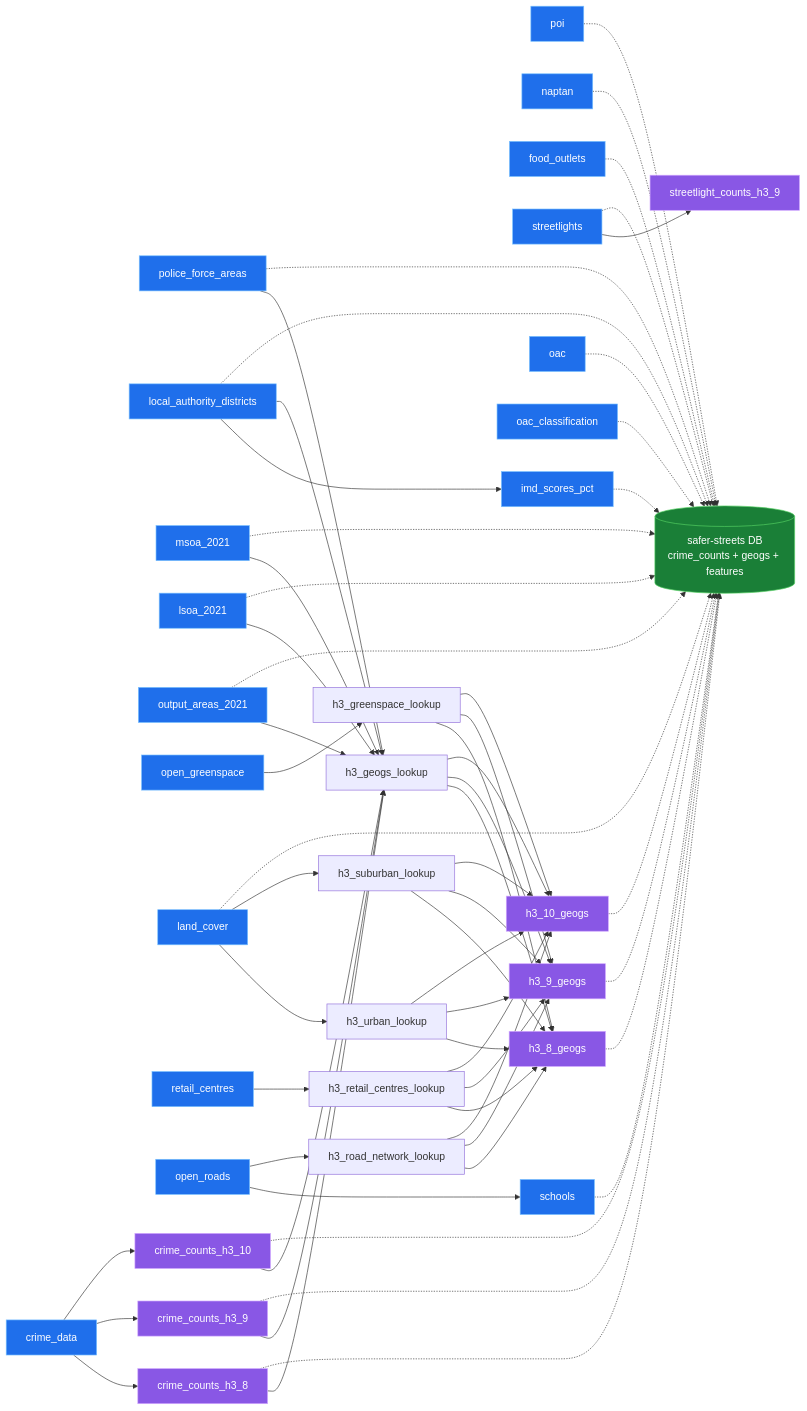
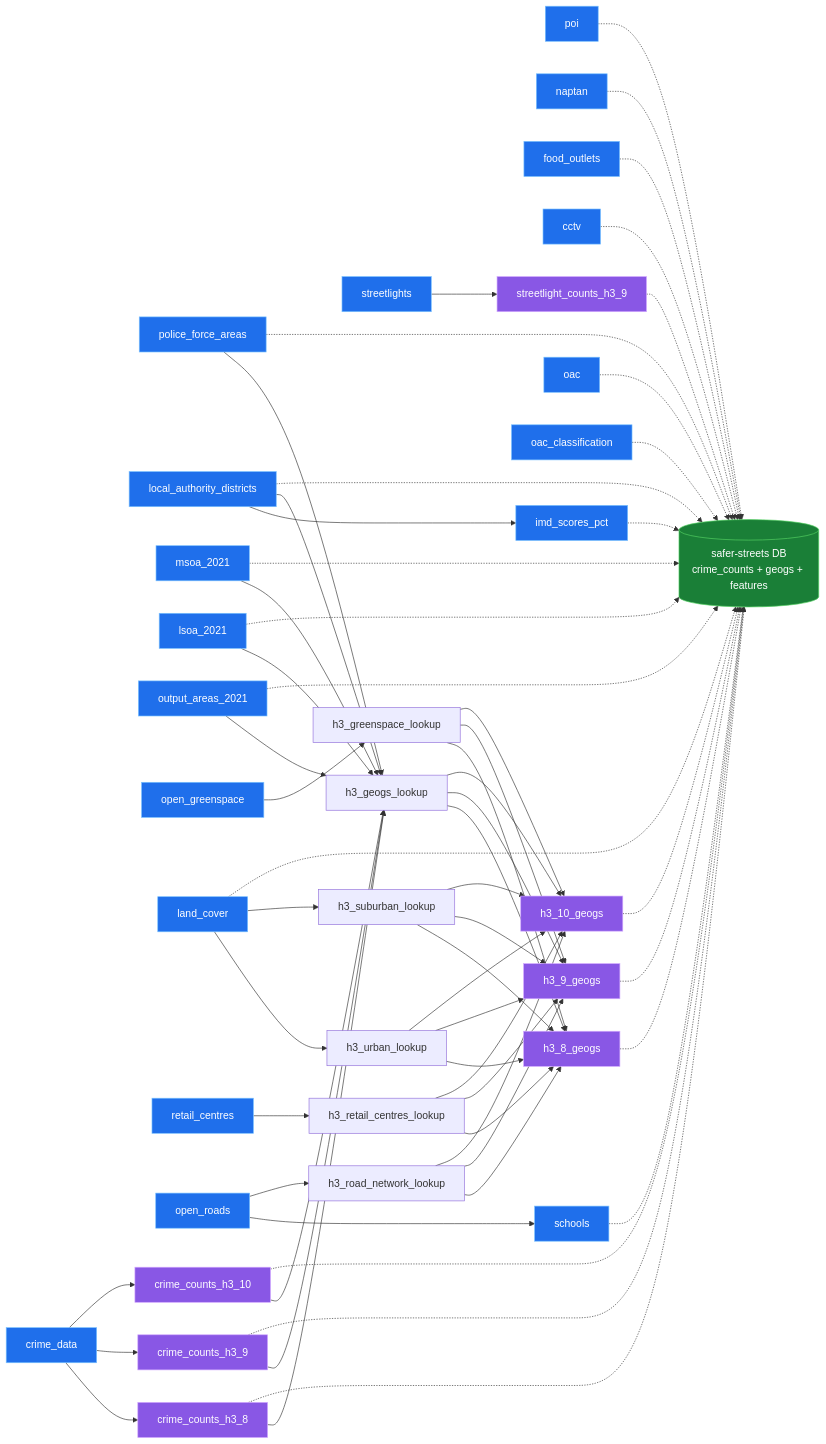
One commit to safer-streets/safer-streets-tooling changed the diagram in README.md. Above: the diagram before and after it, drawn with Mermaid. The commit also changed other lines of this file and 5 other files, not shown here.

First line of the commit message:
Add CCTV (OSM man_made=surveillance) to the extract (#8)

````diff
--- a/README.md
+++ b/README.md
@@ -59,6 +59,7 @@
    naptan
    food_outlets
    streetlights
+   cctv
    schools
    imd_scores_pct
    oac
@@ -126,6 +127,7 @@
     crime_counts_h3_8 -.-> database
     crime_counts_h3_9 -.-> database
     crime_counts_h3_10 -.-> database
+    streetlight_counts_h3_9 -.-> database
     h3_8_geogs -.-> database
     h3_9_geogs -.-> database
     h3_10_geogs -.-> database
@@ -138,7 +140,7 @@
     poi -.-> database
     naptan -.-> database
     food_outlets -.-> database
-    streetlights -.-> database
+    cctv -.-> database
     imd_scores_pct -.-> database
     land_cover -.-> database
     oac -.-> database
@@ -148,7 +150,7 @@
     classDef extract fill:#1f6feb,stroke:#79c0ff,stroke-width:1px,color:#ffffff;
     classDef transform fill:#8957e5,stroke:#d2a8ff,stroke-width:1px,color:#ffffff;
     classDef load fill:#1a7f37,stroke:#56d364,stroke-width:1px,color:#ffffff;
-    class crime_data,police_force_areas,local_authority_districts,msoa_2021,lsoa_2021,output_areas_2021,open_greenspace,land_cover,retail_centres,open_roads,poi,naptan,food_outlets,streetlights,schools,imd_scores_pct,oac,oac_classification extract;
+    class crime_data,police_force_areas,local_authority_districts,msoa_2021,lsoa_2021,output_areas_2021,open_greenspace,land_cover,retail_centres,open_roads,poi,naptan,food_outlets,streetlights,cctv,schools,imd_scores_pct,oac,oac_classification extract;
     class crime_counts_h3_8,crime_counts_h3_9,crime_counts_h3_10,streetlight_counts_h3_9,h3_8_geogs,h3_9_geogs,h3_10_geogs transform;
     class database load;
 ```
````
